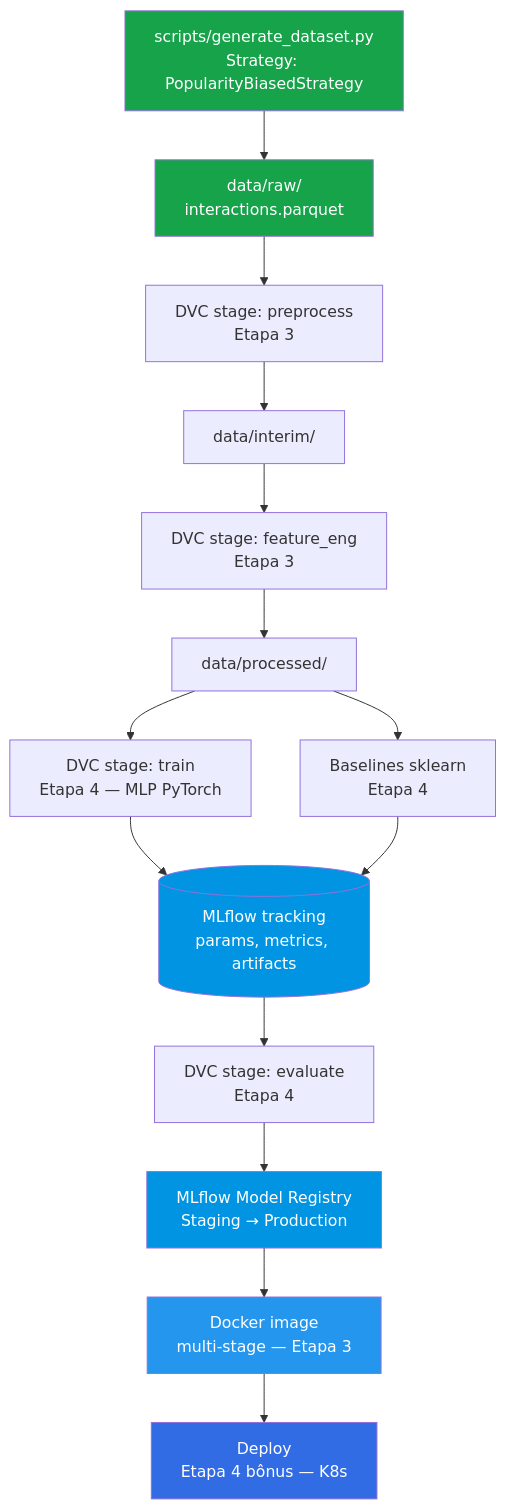
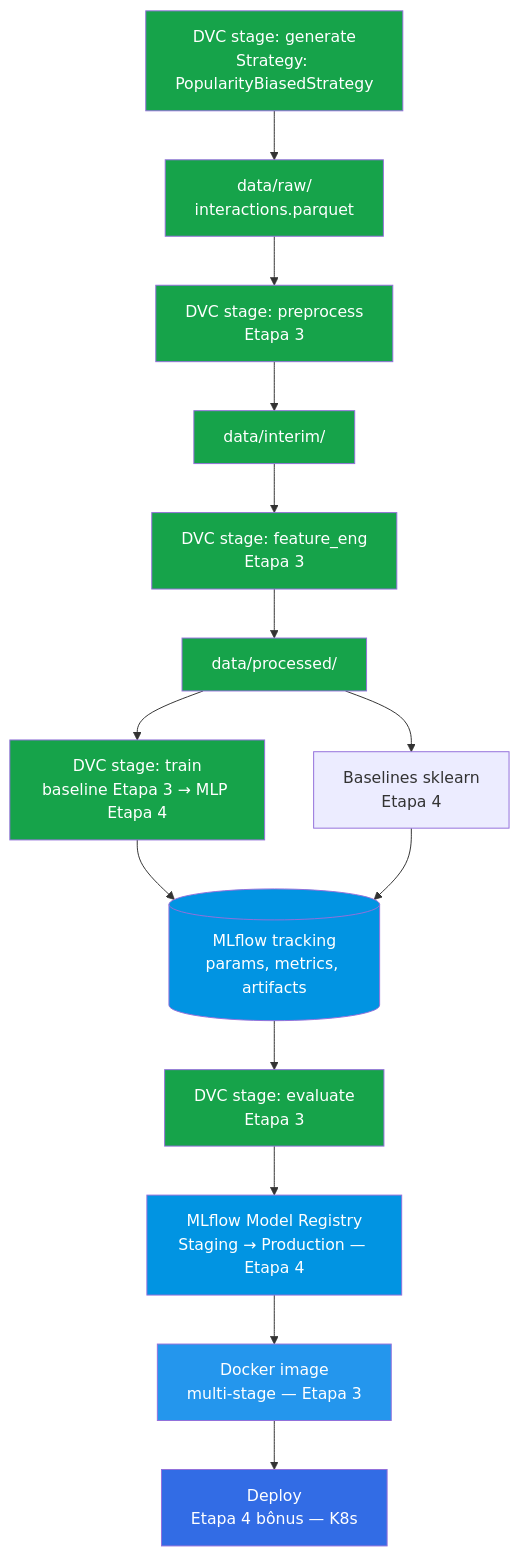
One commit to Janoti/mlet-tech-challenge-fase2 changed the first of 2 diagrams in README.md. Above: the diagram before and after it, drawn with Mermaid. The commit also changed other lines of this file and 1 other file, not shown here.

Commit message:
docs: resumo da Etapa 3 e atualização do README/roadmap

````diff
--- a/README.md
+++ b/README.md
@@ -24,23 +24,29 @@
 ```mermaid
 flowchart TD
-    A[scripts/generate_dataset.py<br/>Strategy: PopularityBiasedStrategy] --> B[data/raw/<br/>interactions.parquet]
+    A[DVC stage: generate<br/>Strategy: PopularityBiasedStrategy] --> B[data/raw/<br/>interactions.parquet]
     B --> C[DVC stage: preprocess<br/>Etapa 3]
     C --> D[data/interim/]
     D --> E[DVC stage: feature_eng<br/>Etapa 3]
     E --> F[data/processed/]
-    F --> G[DVC stage: train<br/>Etapa 4 — MLP PyTorch]
+    F --> G[DVC stage: train<br/>baseline Etapa 3 → MLP Etapa 4]
     F --> H[Baselines sklearn<br/>Etapa 4]
     G --> I[(MLflow tracking<br/>params, metrics, artifacts)]
     H --> I
-    I --> J[DVC stage: evaluate<br/>Etapa 4]
-    J --> K[MLflow Model Registry<br/>Staging → Production]
+    I --> J[DVC stage: evaluate<br/>Etapa 3]
+    J --> K[MLflow Model Registry<br/>Staging → Production — Etapa 4]
     K --> L[Docker image<br/>multi-stage — Etapa 3]
     L --> M[Deploy<br/>Etapa 4 bônus — K8s]
 
     style A fill:#16A34A,color:#fff
     style B fill:#16A34A,color:#fff
+    style C fill:#16A34A,color:#fff
+    style D fill:#16A34A,color:#fff
+    style E fill:#16A34A,color:#fff
+    style F fill:#16A34A,color:#fff
+    style G fill:#16A34A,color:#fff
     style I fill:#0194E2,color:#fff
+    style J fill:#16A34A,color:#fff
     style K fill:#0194E2,color:#fff
     style L fill:#2496ED,color:#fff
     style M fill:#326CE5,color:#fff
 ```
````
